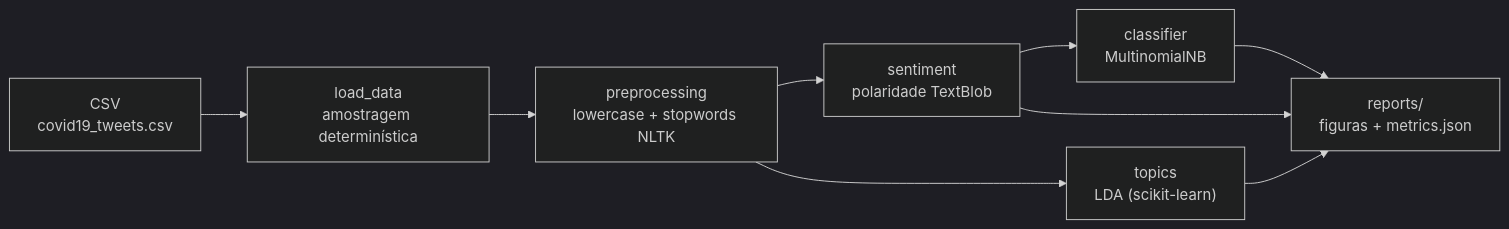
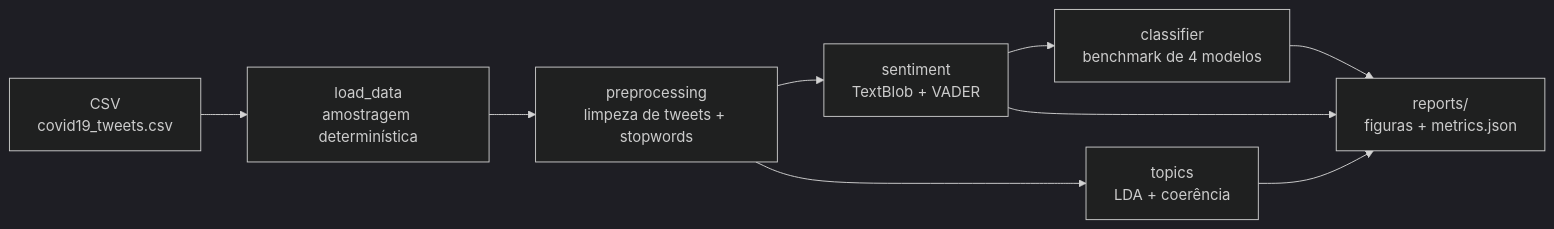
Before and after one commit to ntsation/tweet-sentiment-analysis: the diagram in README.pt-br.md, drawn with Mermaid (dark theme). The commit also changed other lines of this file and 1 other file, not shown here.

Commit message:
docs: atualiza READMEs com benchmark, concordância, timeline e coerência

````diff
--- a/README.pt-br.md
+++ b/README.pt-br.md
@@ -25,11 +26,11 @@
 ```mermaid
 flowchart LR
     A["CSV<br/>covid19_tweets.csv"] --> B["load_data<br/>amostragem determinística"]
-    B --> C["preprocessing<br/>lowercase + stopwords NLTK"]
-    C --> D["sentiment<br/>polaridade TextBlob"]
-    C --> E["topics<br/>LDA (scikit-learn)"]
-    D --> F["classifier<br/>MultinomialNB"]
+    B --> C["preprocessing<br/>limpeza de tweets + stopwords"]
+    C --> D["sentiment<br/>TextBlob + VADER"]
+    C --> E["topics<br/>LDA + coerência"]
+    D --> F["classifier<br/>benchmark de 4 modelos"]
     D --> G["reports/<br/>figuras + metrics.json"]
     E --> G
     F --> G
 ```
````
